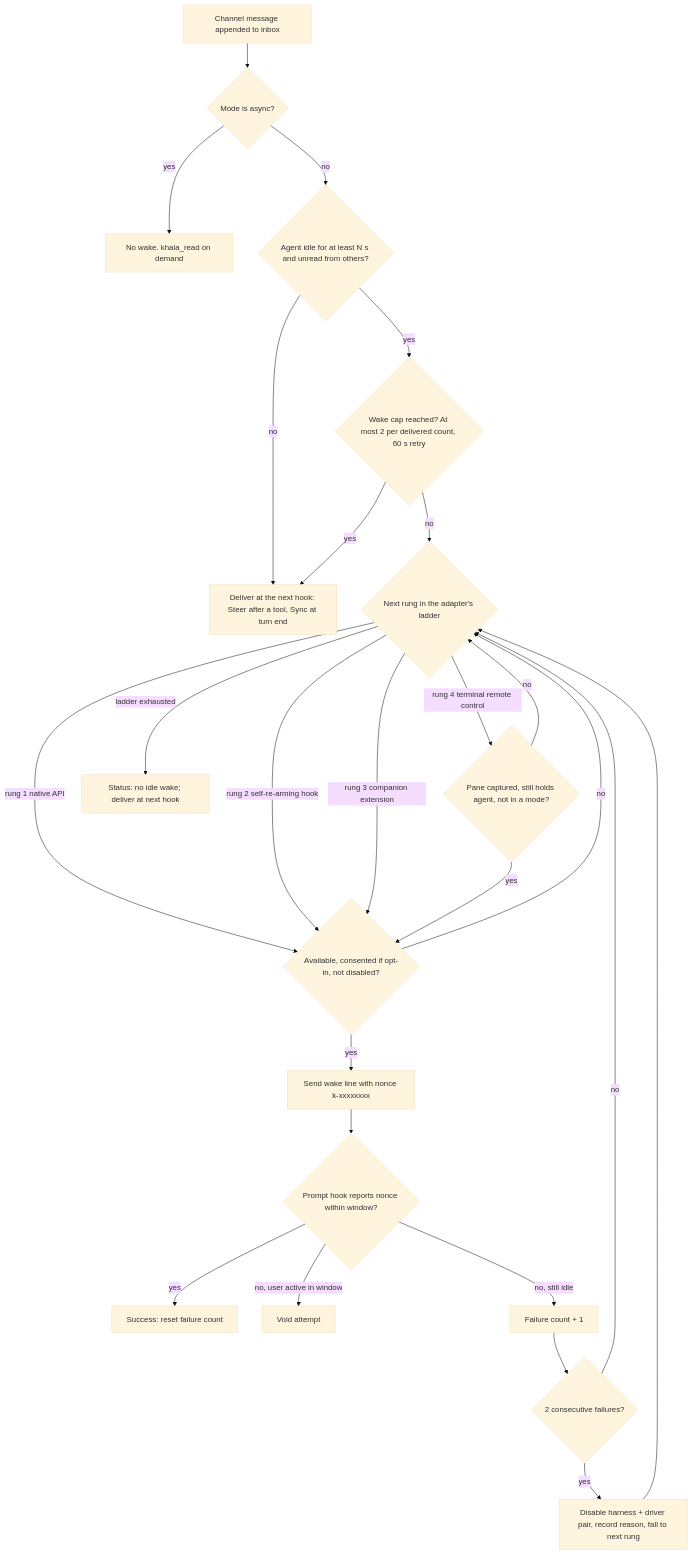
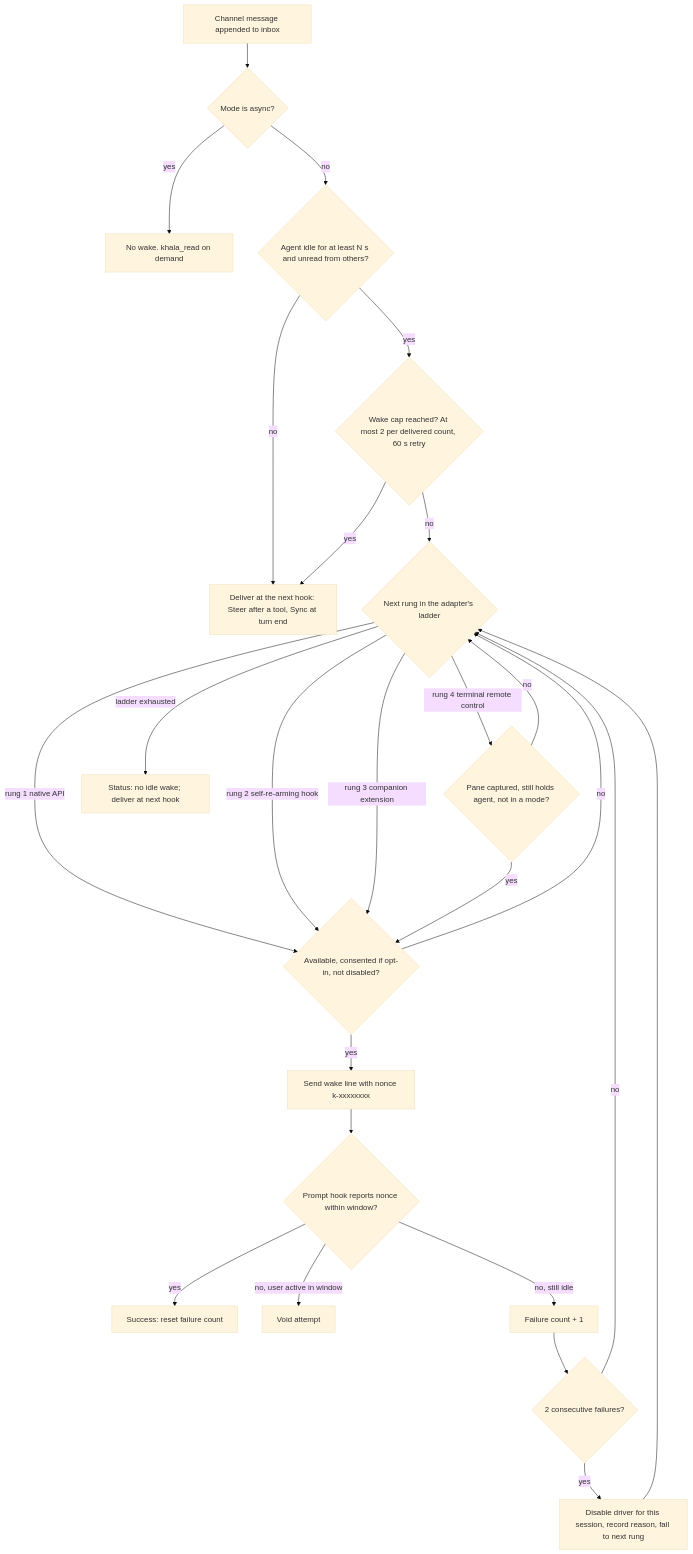
Before and after one commit to aiur-team/khala: the second of 4 diagrams in docs/plans/2026-10-05-001-feat-multi-harness-parity-plan.md, drawn with Mermaid (base theme). The commit also changed other lines of this file, not shown here.

First line of the commit message:
docs(plan): review multi-harness parity plan for worker-ready tickets

````diff
--- a/docs/plans/2026-10-05-001-feat-multi-harness-parity-plan.md
+++ b/docs/plans/2026-10-05-001-feat-multi-harness-parity-plan.md
@@ -292,27 +297,27 @@
 ```mermaid
 flowchart TB
   A["Channel message appended to inbox"] --> B{"Mode is async?"}
   B -->|yes| Z["No wake. khala_read on demand"]
   B -->|no| C{"Agent idle for at least N s and unread from others?"}
   C -->|no| Y["Deliver at the next hook: Steer after a tool, Sync at turn end"]
   C -->|yes| D{"Wake cap reached? At most 2 per delivered count, 60 s retry"}
   D -->|yes| Y
   D -->|no| E{"Next rung in the adapter's ladder"}
   E -->|"rung 1 native API"| F{"Available, consented if opt-in, not disabled?"}
   E -->|"rung 2 self-re-arming hook"| F
   E -->|"rung 3 companion extension"| F
   E -->|"rung 4 terminal remote control"| T{"Pane captured, still holds agent, not in a mode?"}
   E -->|"ladder exhausted"| X["Status: no idle wake; deliver at next hook"]
   T -->|no| E
   T -->|yes| F
   F -->|no| E
   F -->|yes| G["Send wake line with nonce k-xxxxxxxx"]
   G --> H{"Prompt hook reports nonce within window?"}
   H -->|yes| I["Success: reset failure count"]
   H -->|"no, user active in window"| J["Void attempt"]
   H -->|"no, still idle"| K["Failure count + 1"]
   K --> L{"2 consecutive failures?"}
   L -->|no| E
-  L -->|yes| M["Disable harness + driver pair, record reason, fall to next rung"]
+  L -->|yes| M["Disable driver for this session, record reason, fall to next rung"]
   M --> E
 ```
````
